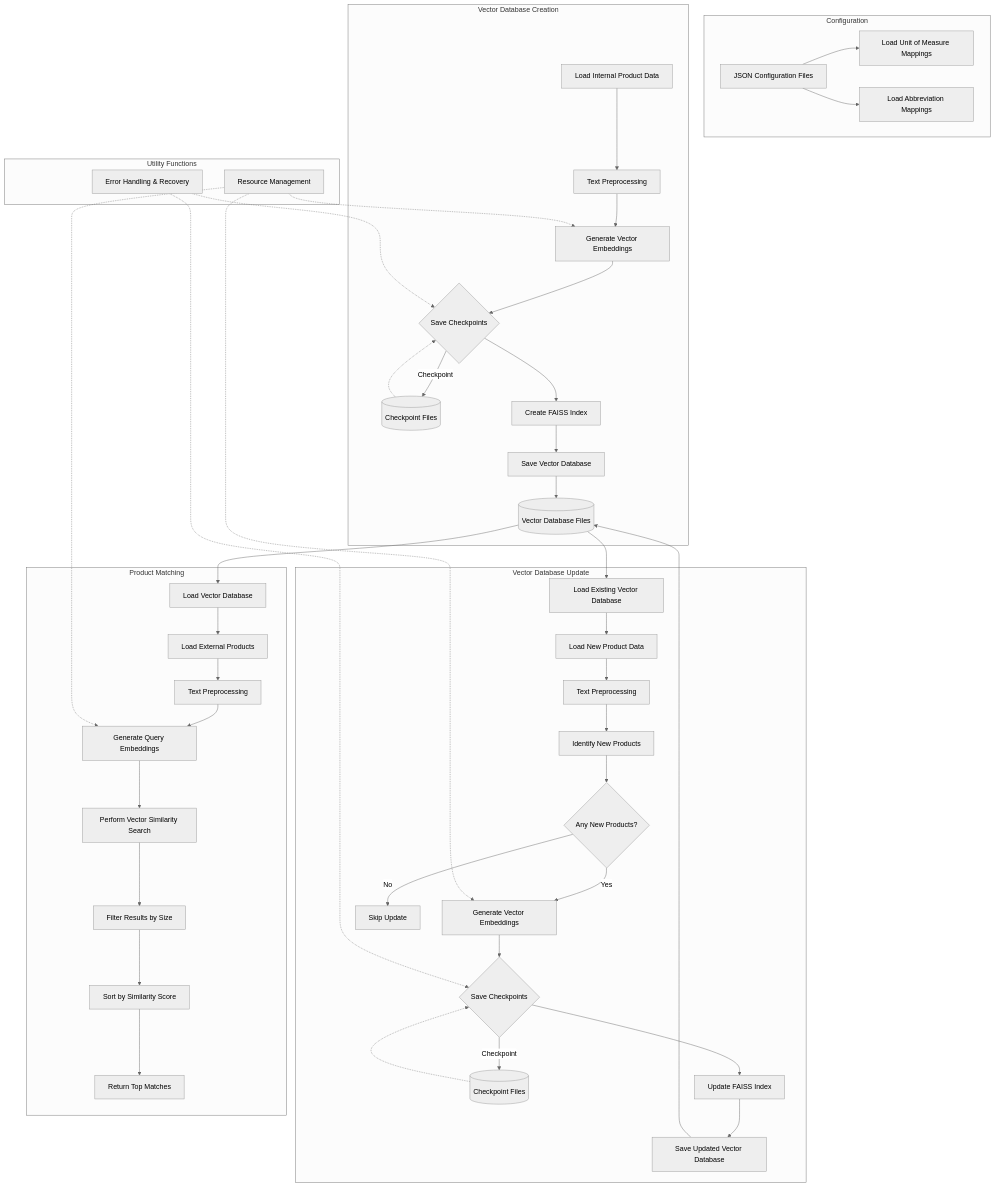
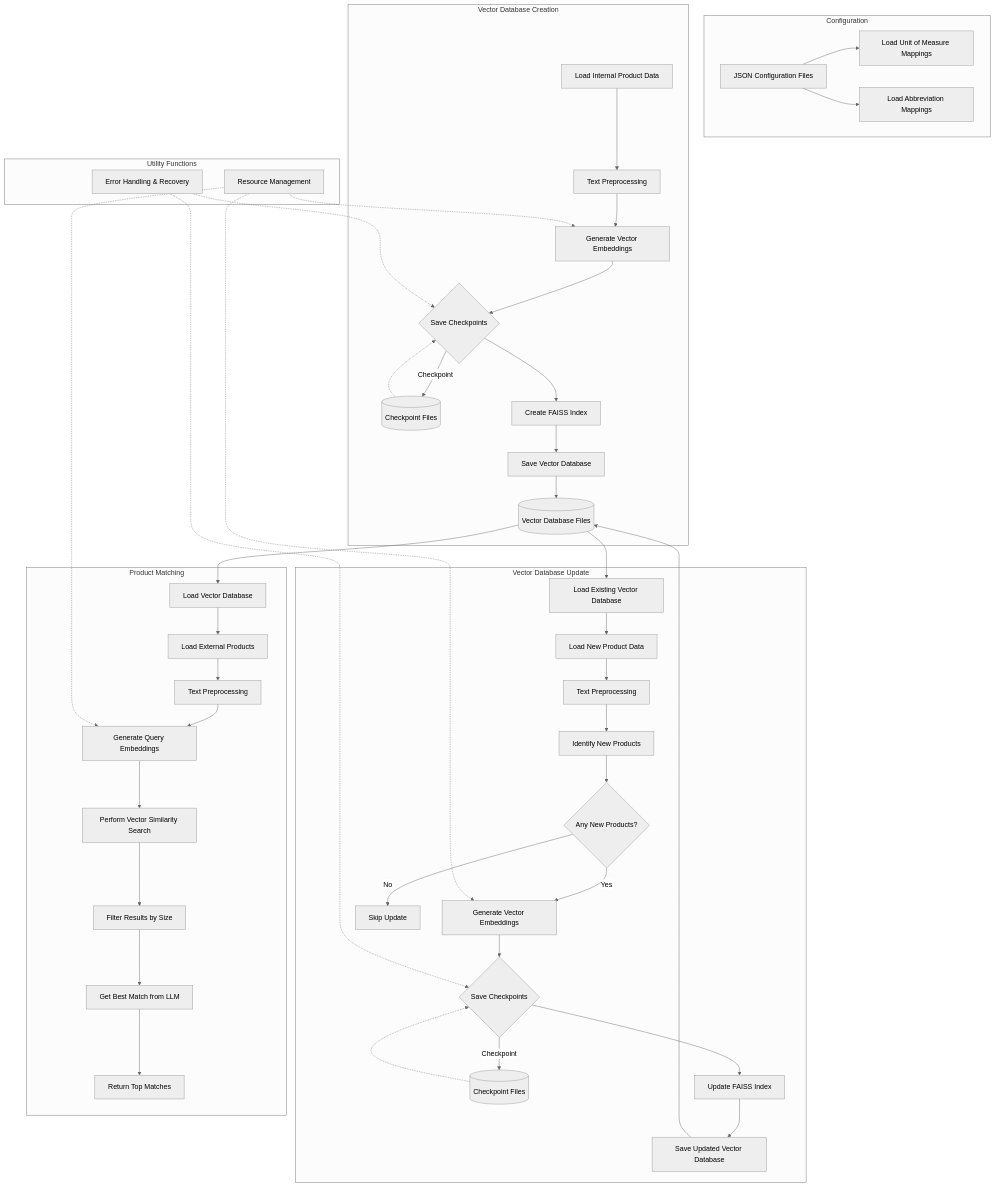
One commit to bonjourusman/product-matcher changed the second of 2 diagrams in README.md. Above: the diagram before and after it, drawn with Mermaid (neutral theme). The commit also changed other lines of this file, not shown here.

Commit message:
add high level graph

````diff
--- a/README.md
+++ b/README.md
@@ -9,54 +44,54 @@
 ```mermaid
 graph TD
     subgraph "Configuration"
         A[JSON Configuration Files] --> B[Load Unit of Measure Mappings]
         A --> C[Load Abbreviation Mappings]
     end
 
     subgraph "Vector Database Creation"
         D[Load Internal Product Data] --> E[Text Preprocessing]
         E --> F[Generate Vector Embeddings]
         F --> G{Save Checkpoints}
         G -->|Checkpoint| H[(Checkpoint Files)]
         G --> I[Create FAISS Index]
         I --> J[Save Vector Database]
         J --> K[(Vector Database Files)]
     end
 
     subgraph "Vector Database Update"
         L[Load Existing Vector Database] --> M[Load New Product Data]
         M --> N[Text Preprocessing]
         N --> O[Identify New Products]
         O --> P{Any New Products?}
         P -->|Yes| Q[Generate Vector Embeddings]
         P -->|No| R[Skip Update]
         Q --> S{Save Checkpoints}
         S -->|Checkpoint| T[(Checkpoint Files)]
         S --> U[Update FAISS Index]
         U --> V[Save Updated Vector Database]
         V --> K
     end
 
     subgraph "Product Matching"
         W[Load Vector Database] --> X[Load External Products]
         X --> Y[Text Preprocessing]
         Y --> Z[Generate Query Embeddings]
         Z --> AA[Perform Vector Similarity Search]
         AA --> AB[Filter Results by Size]
-        AB --> AC[Sort by Similarity Score]
+        AB --> AC[Get Best Match from LLM]
         AC --> AD[Return Top Matches]
     end
 
     subgraph "Utility Functions"
         AF[Resource Management] -.-> F
         AF -.-> Q
         AF -.-> Z
         AG[Error Handling & Recovery] -.-> G
         AG -.-> S
     end
 
     H -.-> G
     T -.-> S
     K --> L
     K --> W
 ```
````
